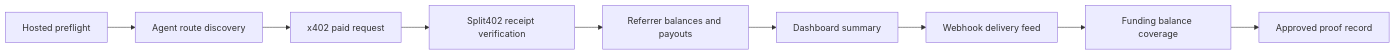
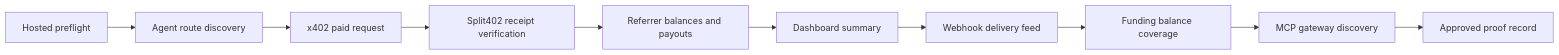
Before and after one commit to split402protocol/splitx402: the diagram in docs/runbooks/phase7-staging-proof.md, drawn with Mermaid. The commit also changed other lines of this file and 13 other files, not shown here.

Commit message:
Require MCP gateway staging evidence

````diff
--- a/docs/runbooks/phase7-staging-proof.md
+++ b/docs/runbooks/phase7-staging-proof.md
@@ -59,21 +66,23 @@
 ```mermaid
 flowchart LR
   Preflight["Hosted preflight"]
   Discovery["Agent route discovery"]
   Payment["x402 paid request"]
   Receipt["Split402 receipt verification"]
   Earnings["Referrer balances and payouts"]
   Dashboard["Dashboard summary"]
   Webhooks["Webhook delivery feed"]
   Funding["Funding balance coverage"]
+  Mcp["MCP gateway discovery"]
   Approval["Approved proof record"]
 
   Preflight --> Discovery
   Discovery --> Payment
   Payment --> Receipt
   Receipt --> Earnings
   Earnings --> Dashboard
   Dashboard --> Webhooks
   Webhooks --> Funding
-  Funding --> Approval
+  Funding --> Mcp
+  Mcp --> Approval
 ```
````
